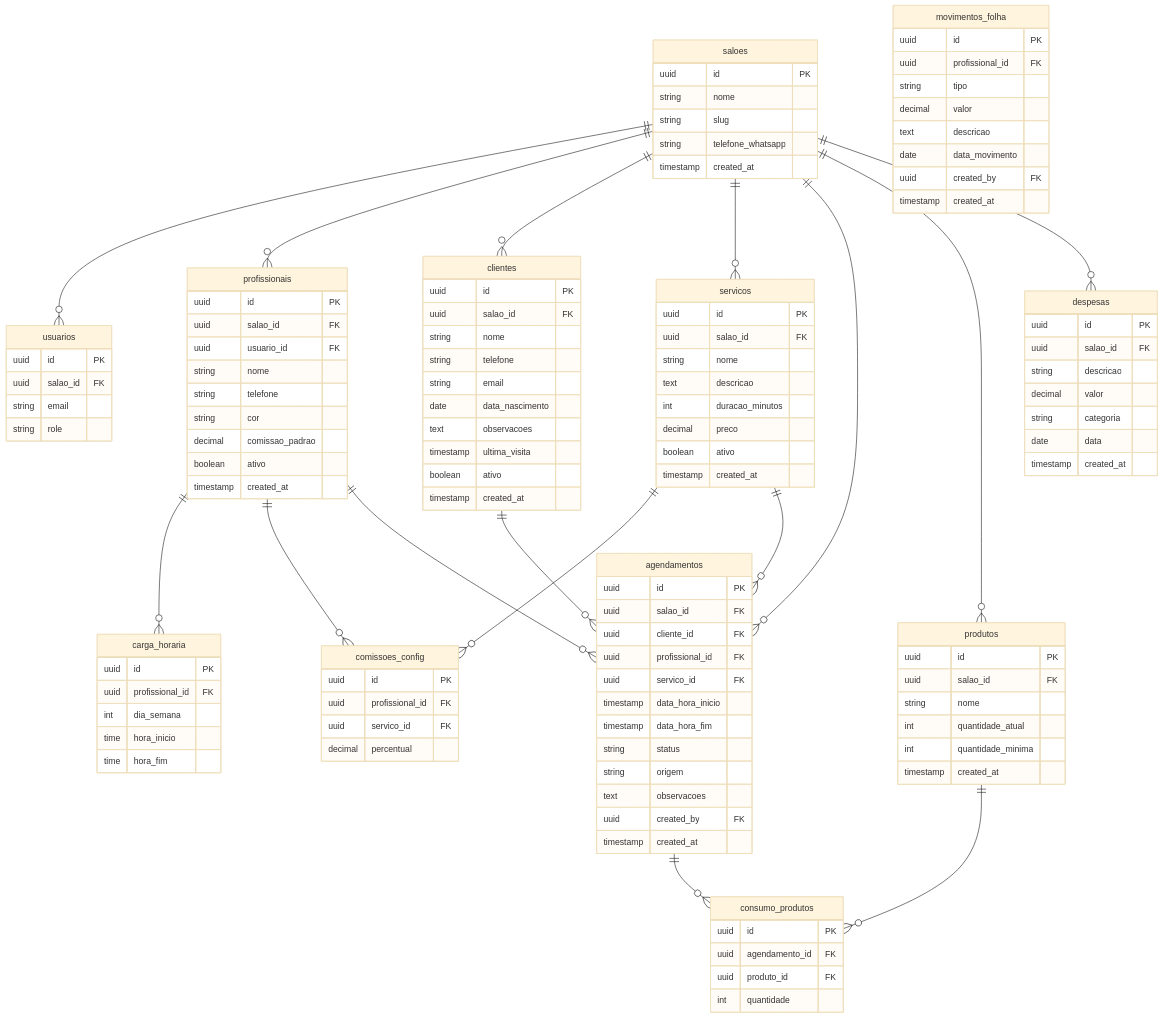
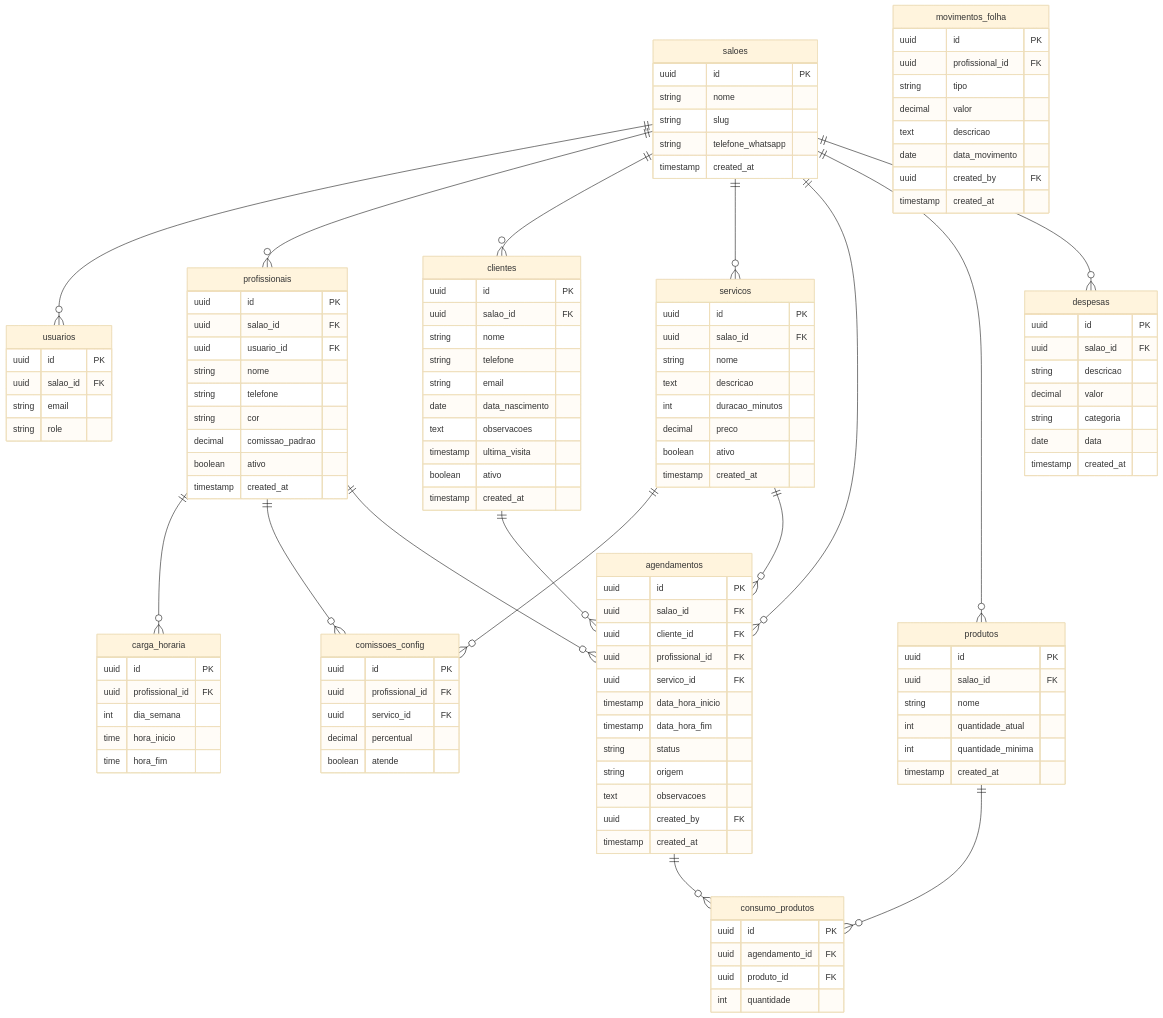
Before and after one commit to DiegoNexa/Nexa: the seventh of 7 diagrams in DIAGRAM.md, drawn with Mermaid (base theme). The commit also changed 5 other files, not shown here.

```diff
--- a/DIAGRAM.md
+++ b/DIAGRAM.md
@@ -241,6 +241,7 @@
         uuid profissional_id FK
         uuid servico_id FK
         decimal percentual
+        boolean atende
     }
 
     agendamentos {
```
